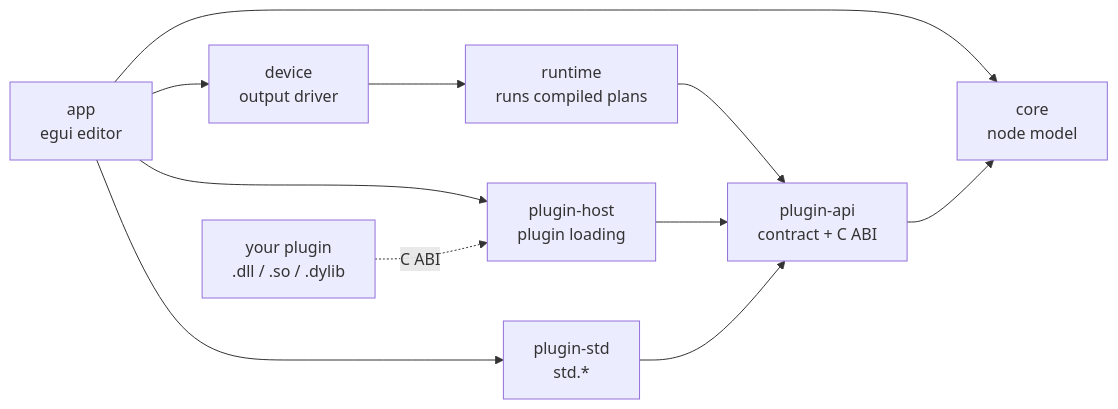
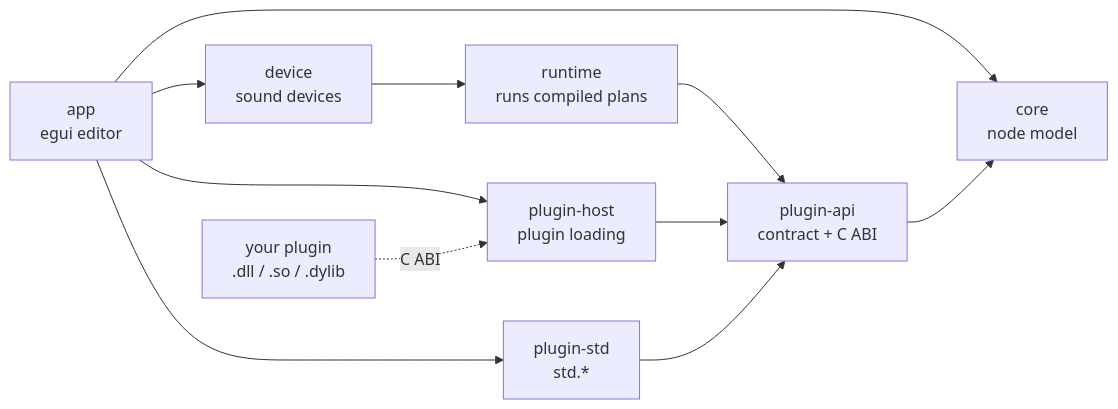
The diagram in README.md (VanoSpalevoy/v-signal-nodes), drawn with Mermaid before and after one commit. The commit also changed other lines of this file and 36 other files, not shown here.

````diff
--- a/README.md
+++ b/README.md
@@ -128,13 +137,13 @@
 ```mermaid
 flowchart LR
     app["app<br/>egui editor"] --> host["plugin-host<br/>plugin loading"]
     app --> core["core<br/>node model"]
-    app --> device["device<br/>output driver"]
+    app --> device["device<br/>sound devices"]
     device --> runtime["runtime<br/>runs compiled plans"]
     runtime --> api
     host --> api["plugin-api<br/>contract + C ABI"]
     api --> core
     std["plugin-std<br/>std.*"] --> api
     app --> std
     dylib["your plugin<br/>.dll / .so / .dylib"] -. C ABI .-> host
 ```
````
